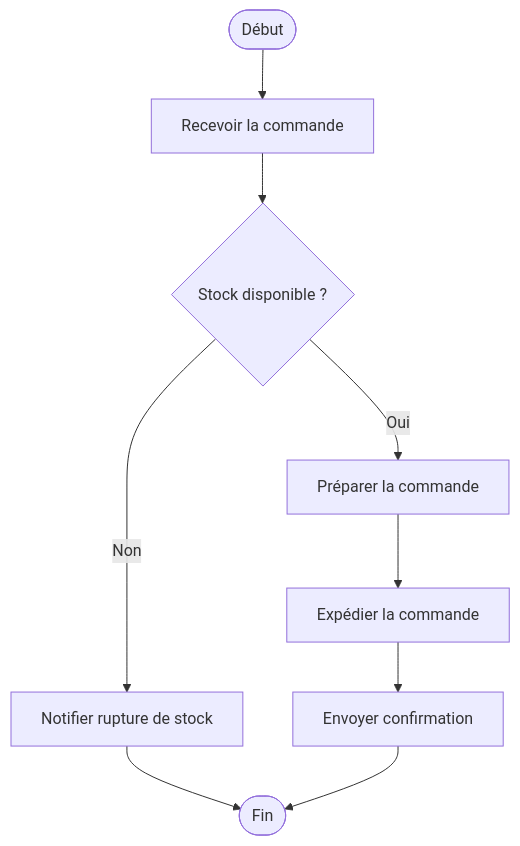
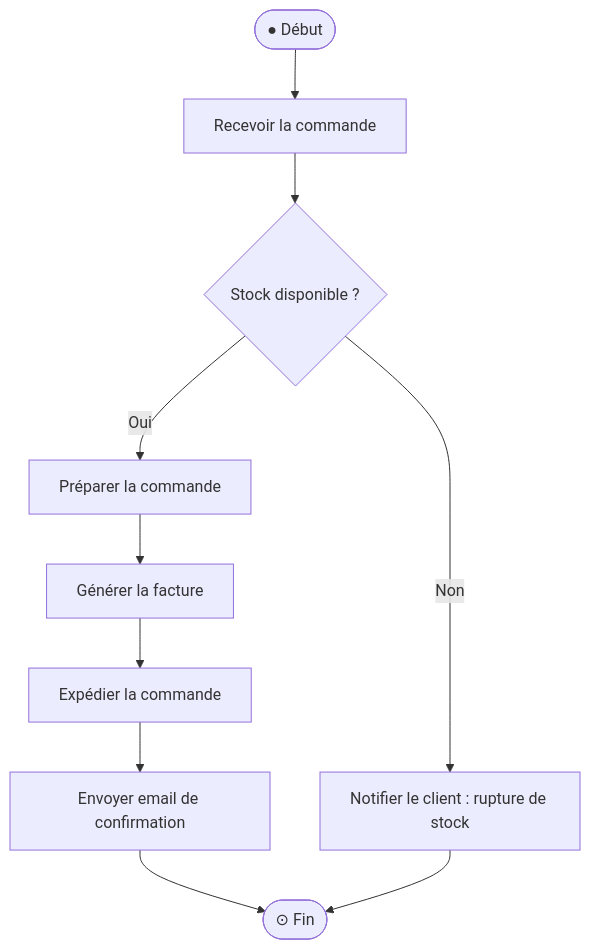
One commit to JR-CIEL-2-PROGRAMMATION/uml-learning changed the first of 5 diagrams in 05-diagramme-activite/notes.md. Above: the diagram before and after it, drawn with Mermaid. The commit also changed other lines of this file and 5 other files, not shown here.

````diff
--- a/05-diagramme-activite/notes.md
+++ b/05-diagramme-activite/notes.md
@@ -18,11 +32,12 @@
 ```mermaid
 flowchart TD
-    Start([Début]) --> A[Recevoir la commande]
+    Start([●  Début]) --> A[Recevoir la commande]
     A --> B{Stock disponible ?}
     B -- Oui --> C[Préparer la commande]
-    B -- Non --> D[Notifier rupture de stock]
-    C --> E[Expédier la commande]
-    E --> F[Envoyer confirmation]
-    D --> End([Fin])
-    F --> End
+    B -- Non --> D[Notifier le client : rupture de stock]
+    C --> E[Générer la facture]
+    E --> F[Expédier la commande]
+    F --> G[Envoyer email de confirmation]
+    G --> End([⊙ Fin])
+    D --> End
 ```
````
